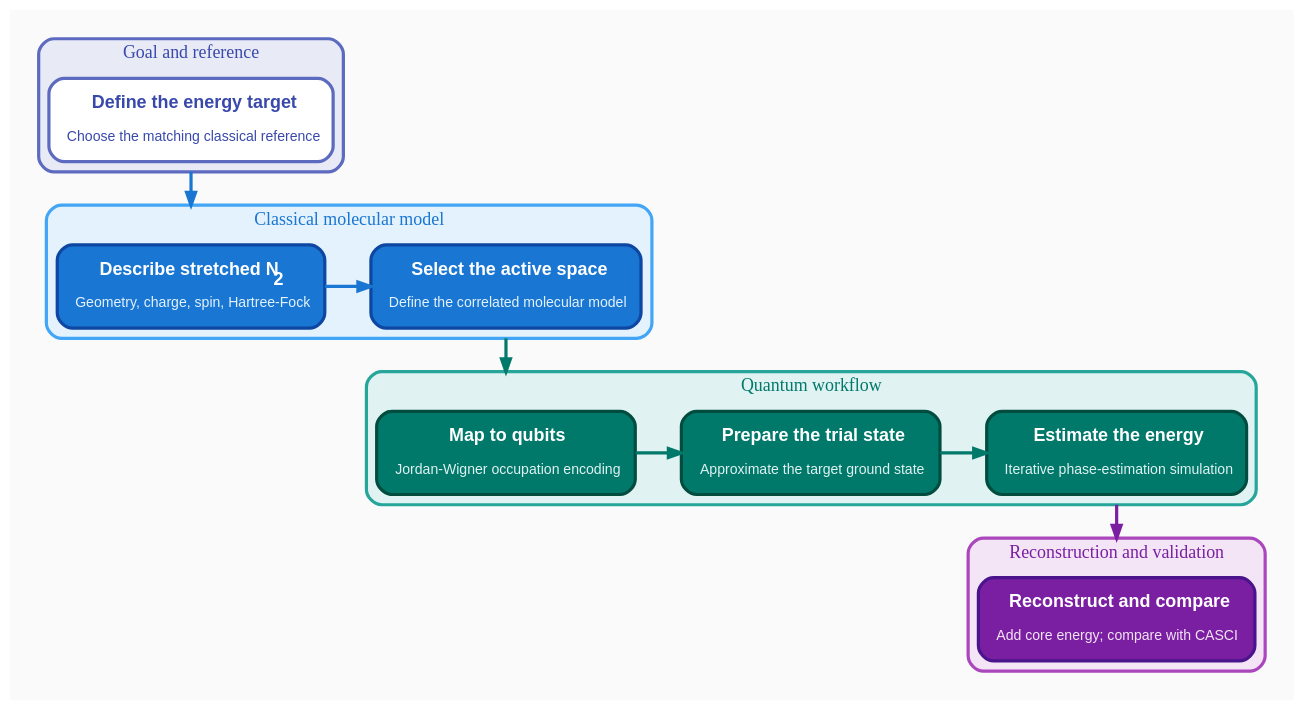
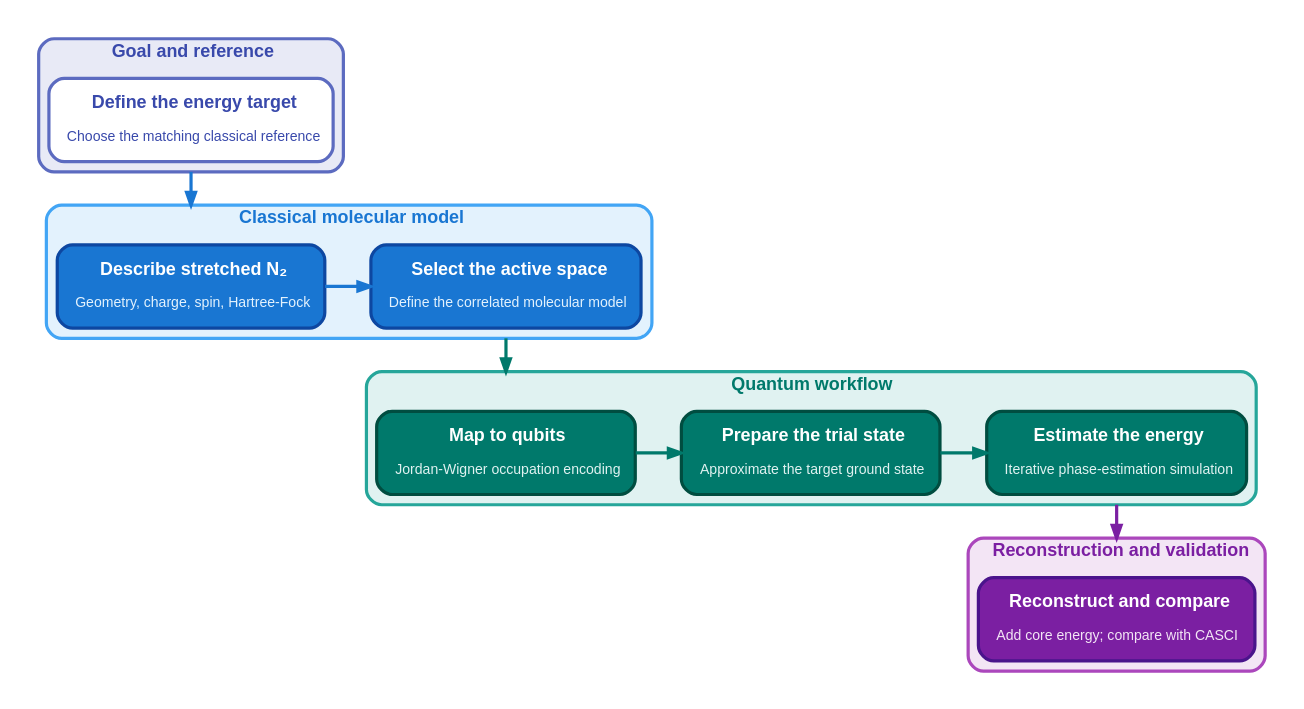
The diagram in docs/_static/diagrams/tutorial_qpe_workflow.dot (microsoft/qdk-chemistry), drawn with Graphviz before and after one commit. The commit also changed 594 other files, not shown here.

```diff
--- a/docs/_static/diagrams/tutorial_qpe_workflow.dot
+++ b/docs/_static/diagrams/tutorial_qpe_workflow.dot
@@ -1,79 +1,79 @@
 digraph TutorialQpeWorkflow {
     rankdir=TB;
     ranksep=0.9;
     nodesep=0.5;
     newrank=true;
     compound=true;
     overlap=false;
     splines=spline;
     pad=0.2;
-    bgcolor="#FAFAFA";
+    bgcolor="#FFFFFF";
 
     node [shape=box, style="rounded,filled", fontname="Arial", width=2.8, height=0.9, margin="0.20,0.16"];
     edge [penwidth=2.5, arrowsize=1.0];
 
     subgraph cluster_goal {
-        label="Goal and reference";
+        label=<<B>Goal and reference</B>>;
         style="filled,rounded";
         fillcolor="#E8EAF6";
         color="#5C6BC0";
         penwidth=2.5;
         fontsize=14;
-        fontname="Arial Bold";
+        fontname="Arial";
         fontcolor="#3949AB";
 
         Goal [label=<<B>Define the energy target</B><BR/><BR/><FONT POINT-SIZE="11">Choose the matching classical reference</FONT>>, fillcolor="#FFFFFF", color="#5C6BC0", penwidth=2.5, fontcolor="#3949AB", group=left];
     }
 
     subgraph cluster_classical {
-        label="Classical molecular model";
+        label=<<B>Classical molecular model</B>>;
         style="filled,rounded";
         fillcolor="#E3F2FD";
         color="#42A5F5";
         penwidth=2.5;
         fontsize=14;
-        fontname="Arial Bold";
+        fontname="Arial";
         fontcolor="#1976D2";
         rank=same;
 
-        Molecule [label=<<B>Describe stretched N<SUB>2</SUB></B><BR/><BR/><FONT POINT-SIZE="11" COLOR="#E3F2FD">Geometry, charge, spin, Hartree-Fock</FONT>>, fillcolor="#1976D2", color="#0D47A1", penwidth=2.5, fontcolor="#FFFFFF", group=left];
+        Molecule [label=<<B>Describe stretched N₂</B><BR/><BR/><FONT POINT-SIZE="11" COLOR="#E3F2FD">Geometry, charge, spin, Hartree-Fock</FONT>>, fillcolor="#1976D2", color="#0D47A1", penwidth=2.5, fontcolor="#FFFFFF", group=left];
         ActiveSpace [label=<<B>Select the active space</B><BR/><BR/><FONT POINT-SIZE="11" COLOR="#E3F2FD">Define the correlated molecular model</FONT>>, fillcolor="#1976D2", color="#0D47A1", penwidth=2.5, fontcolor="#FFFFFF", group=right];
 
         Molecule -> ActiveSpace [color="#1976D2"];
     }
 
     subgraph cluster_quantum {
-        label="Quantum workflow";
+        label=<<B>Quantum workflow</B>>;
         style="filled,rounded";
         fillcolor="#E0F2F1";
         color="#26A69A";
         penwidth=2.5;
         fontsize=14;
-        fontname="Arial Bold";
+        fontname="Arial";
         fontcolor="#00796B";
         rank=same;
 
         Mapping [label=<<B>Map to qubits</B><BR/><BR/><FONT POINT-SIZE="11" COLOR="#E0F2F1">Jordan-Wigner occupation encoding</FONT>>, fillcolor="#00796B", color="#004D40", penwidth=2.5, fontcolor="#FFFFFF", group=right];
         TrialState [label=<<B>Prepare the trial state</B><BR/><BR/><FONT POINT-SIZE="11" COLOR="#E0F2F1">Approximate the target ground state</FONT>>, fillcolor="#00796B", color="#004D40", penwidth=2.5, fontcolor="#FFFFFF", group=center];
         Iqpe [label=<<B>Estimate the energy</B><BR/><BR/><FONT POINT-SIZE="11" COLOR="#E0F2F1">Iterative phase-estimation simulation</FONT>>, fillcolor="#00796B", color="#004D40", penwidth=2.5, fontcolor="#FFFFFF", group=left];
 
         Mapping -> TrialState -> Iqpe [color="#00796B"];
     }
 
     subgraph cluster_result {
-        label="Reconstruction and validation";
+        label=<<B>Reconstruction and validation</B>>;
         style="filled,rounded";
         fillcolor="#F3E5F5";
         color="#AB47BC";
         penwidth=2.5;
         fontsize=14;
-        fontname="Arial Bold";
+        fontname="Arial";
         fontcolor="#7B1FA2";
 
         Result [label=<<B>Reconstruct and compare</B><BR/><BR/><FONT POINT-SIZE="11" COLOR="#F3E5F5">Add core energy; compare with CASCI</FONT>>, fillcolor="#7B1FA2", color="#4A148C", penwidth=2.5, fontcolor="#FFFFFF", group=left];
     }
 
     Goal:s -> Molecule:n [color="#1976D2", ltail=cluster_goal, lhead=cluster_classical, weight=10];
     ActiveSpace:s -> Mapping:n [color="#00796B", ltail=cluster_classical, lhead=cluster_quantum, weight=10];
     Iqpe:s -> Result:n [color="#7B1FA2", ltail=cluster_quantum, lhead=cluster_result, weight=10];
 }
```
